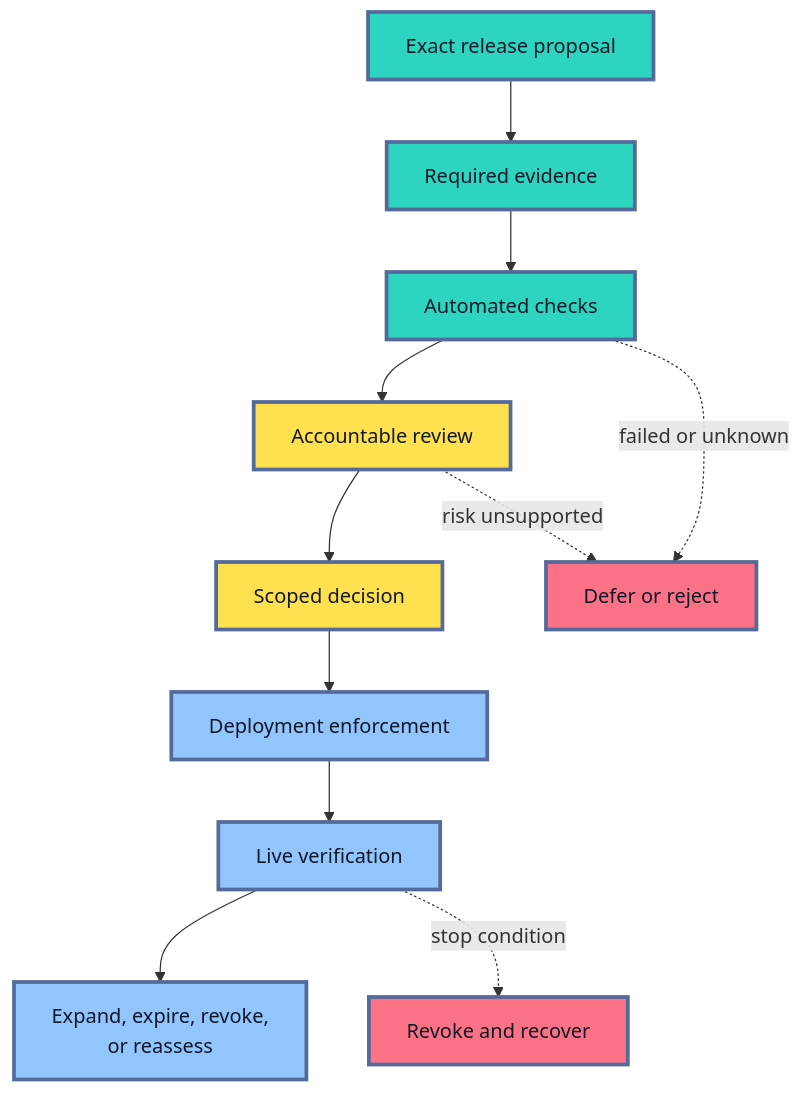
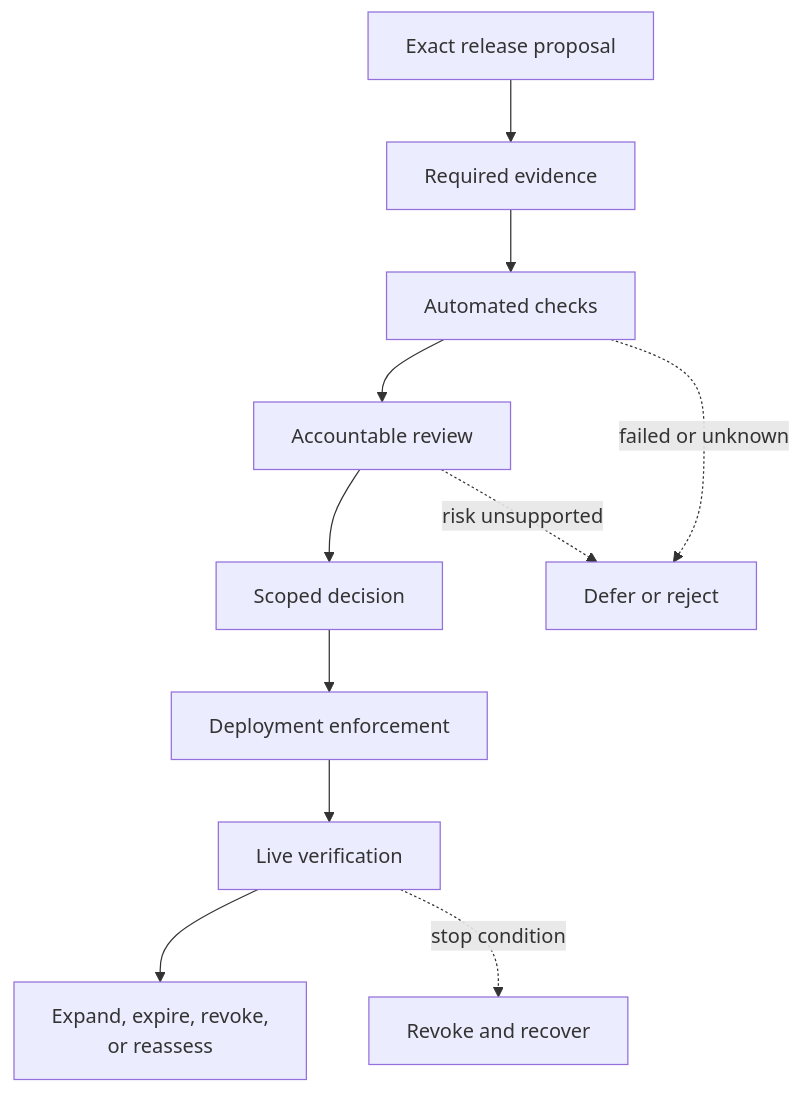
One commit to senlinyy/dev-roadmaps changed the first of 2 diagrams in roadmaps/mlops/modules/model-evaluation/release-decisions/02-approval-gates-before-deployment.md. Above: the diagram before and after it, drawn with Mermaid. The commit also changed other lines of this file and 152 other files, not shown here.

Commit message:
feat: mlops and diagrams updated

````diff
--- a/roadmaps/mlops/modules/model-evaluation/release-decisions/02-approval-gates-before-deployment.md
+++ b/roadmaps/mlops/modules/model-evaluation/release-decisions/02-approval-gates-before-deployment.md
@@ -42,23 +42,19 @@
 ```mermaid
 flowchart TD
     P["Exact release proposal"] --> E["Required evidence"]
     E --> A["Automated checks"]
     A --> H["Accountable review"]
     H --> D["Scoped decision"]
     D --> F["Deployment enforcement"]
     F --> V["Live verification"]
     V --> X["Expand, expire, revoke,<br/>or reassess"]
 
     A -. "failed or unknown" .-> Q["Defer or reject"]
     H -. "risk unsupported" .-> Q
     V -. "stop condition" .-> R["Revoke and recover"]
 
-    classDef evidence fill:#2DD4BF,stroke:#536A9A,stroke-width:3px,color:#0F172A
-    classDef decision fill:#FFE04F,stroke:#536A9A,stroke-width:3px,color:#111827
-    classDef operation fill:#93C5FD,stroke:#536A9A,stroke-width:3px,color:#0F172A
-    classDef hold fill:#FB7185,stroke:#536A9A,stroke-width:3px,color:#111827
     class P,E,A evidence
     class H,D decision
     class F,V,X operation
     class Q,R hold
 ```
````
